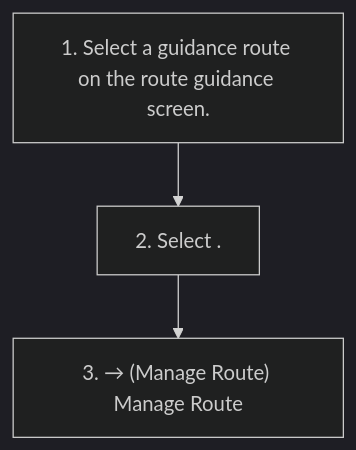
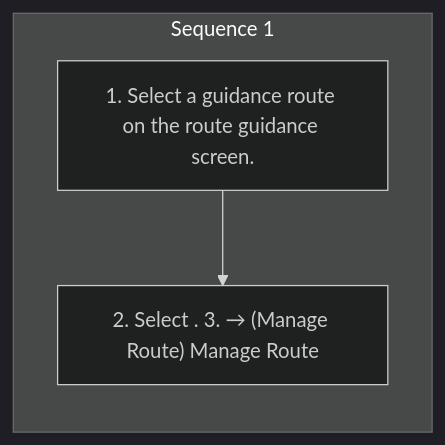
The diagram in workspace/subaru/ascent-2026/ivi/published/navigation-system-if-equipped/15-current-route-screen.md (Chieko-Y/my-spec-generator), drawn with Mermaid (dark theme) before and after one commit. The commit also changed other lines of this file and 268 other files, not shown here.

````diff
--- a/workspace/subaru/ascent-2026/ivi/published/navigation-system-if-equipped/15-current-route-screen.md
+++ b/workspace/subaru/ascent-2026/ivi/published/navigation-system-if-equipped/15-current-route-screen.md
@@ -14,8 +14,9 @@
 ```mermaid
 flowchart TD
-    S1["1. Select a guidance route on the route guidance screen."]
-    S2["2. Select ."]
-    S3["3. → (Manage Route) Manage Route"]
-    S1 --> S2
-    S2 --> S3
+    subgraph SEQ1["Sequence 1"]
+    direction TB
+    S1_1["1. Select a guidance route on the route guidance screen."]
+    S1_2["2. Select . 3. → (Manage Route) Manage Route"]
+    S1_1 --> S1_2
+    end
 ```
````
